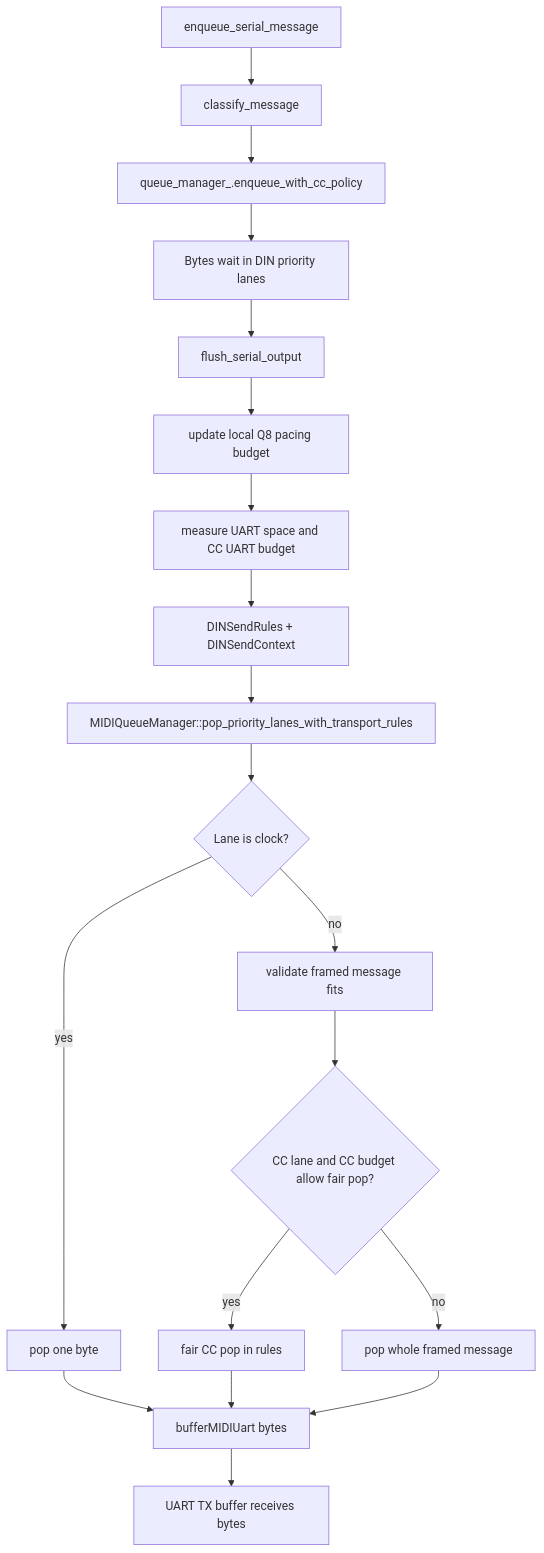
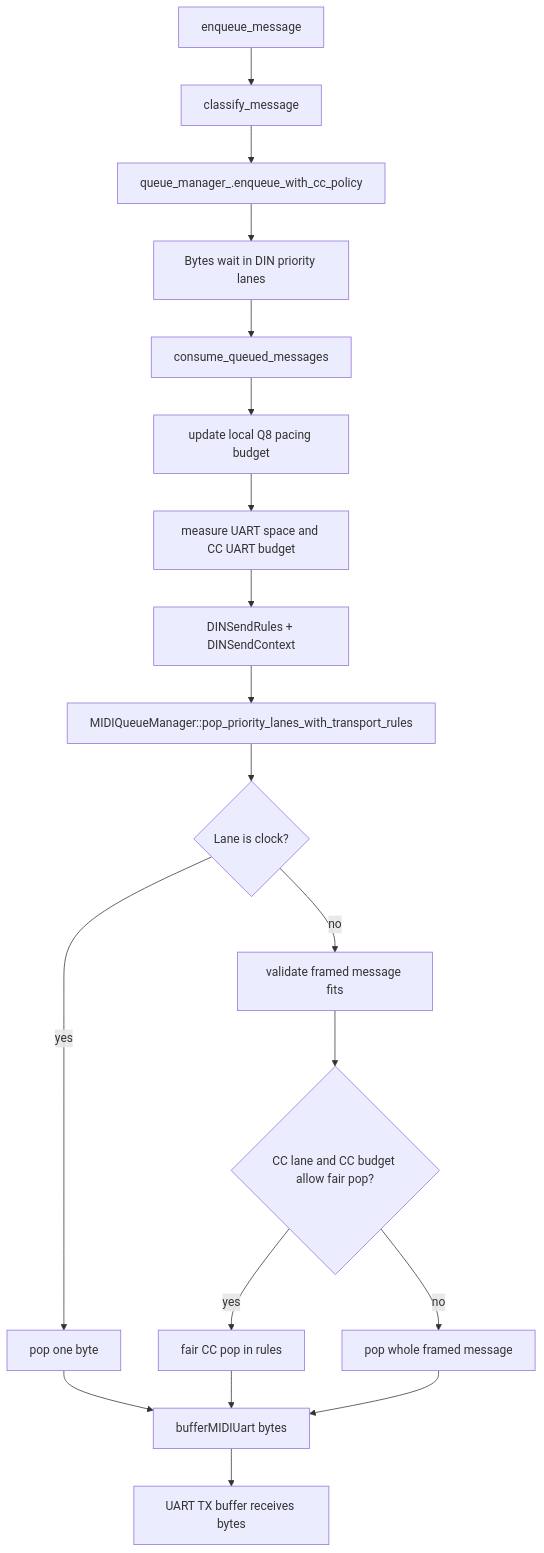
The third of 5 diagrams in docs/dev/midi_queue_flow.md (seangoodvibes/DelugeFirmware), drawn with Mermaid before and after one commit. The commit also changed other lines of this file and 4 other files, not shown here.

````diff
--- a/docs/dev/midi_queue_flow.md
+++ b/docs/dev/midi_queue_flow.md
@@ -57,21 +62,21 @@
 ```mermaid
 flowchart TD
-    D1[enqueue_serial_message] --> D2[classify_message]
+    D1[enqueue_message] --> D2[classify_message]
     D2 --> D3[queue_manager_.enqueue_with_cc_policy]
     D3 --> D4[Bytes wait in DIN priority lanes]
-    D4 --> D5[flush_serial_output]
+    D4 --> D5[consume_queued_messages]
     D5 --> D6[update local Q8 pacing budget]
     D6 --> D7[measure UART space and CC UART budget]
     D7 --> D8[DINSendRules + DINSendContext]
     D8 --> D9[MIDIQueueManager::pop_priority_lanes_with_transport_rules]
     D9 --> D10{Lane is clock?}
     D10 -- yes --> D11[pop one byte]
     D10 -- no --> D12[validate framed message fits]
     D12 --> D13{CC lane and CC budget allow fair pop?}
     D13 -- yes --> D14[fair CC pop in rules]
     D13 -- no --> D15[pop whole framed message]
     D11 --> D16[bufferMIDIUart bytes]
     D14 --> D16
     D15 --> D16
     D16 --> D17[UART TX buffer receives bytes]
 ```
````
